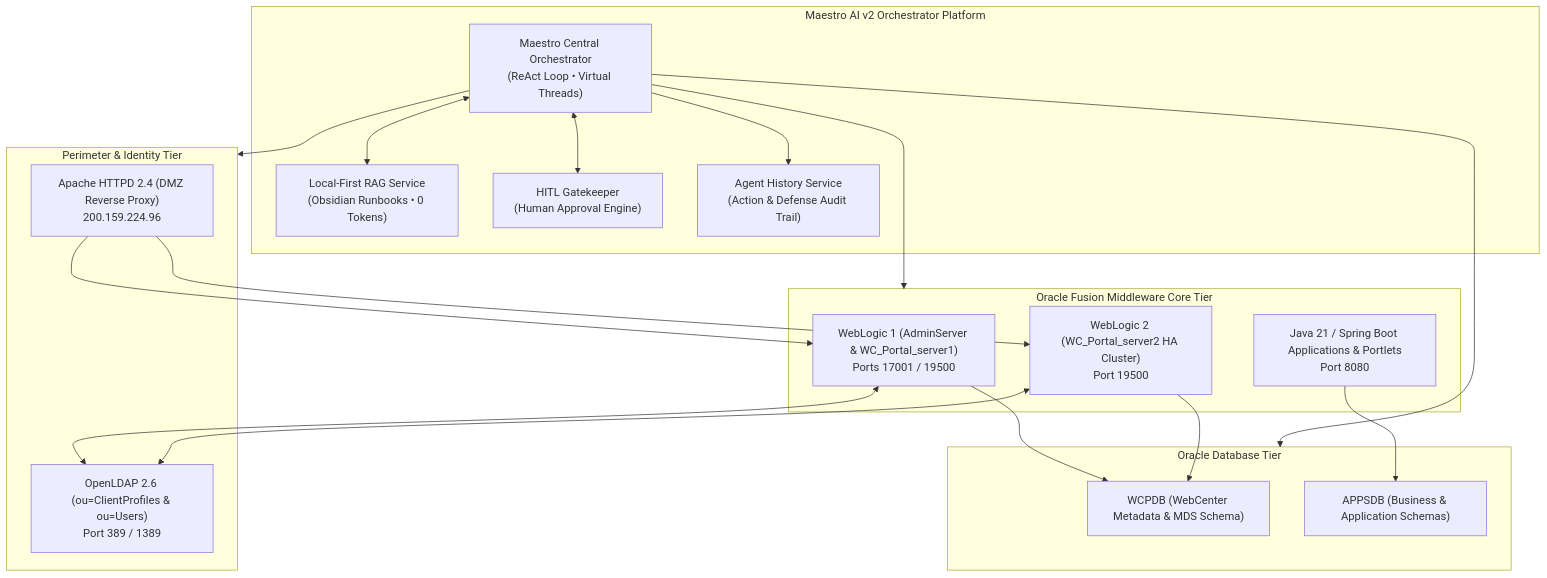
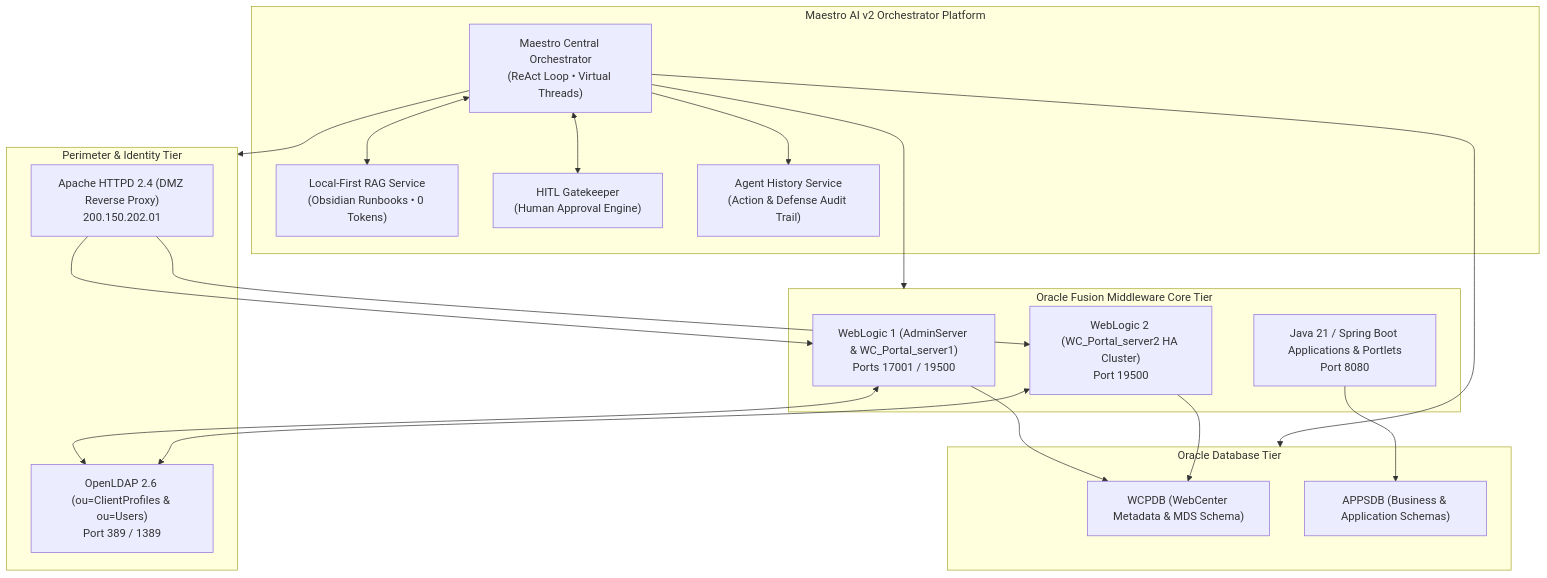
The diagram in README.md (flaviomoni/MaestroAI), drawn with Mermaid before and after one commit.

````diff
--- a/README.md
+++ b/README.md
@@ -11,40 +11,40 @@
 ```mermaid
 flowchart TD
     subgraph Perimeter["Perimeter & Identity Tier"]
-        APACHE["Apache HTTPD 2.4 (DMZ Reverse Proxy)\n200.159.224.96"]
+        APACHE["Apache HTTPD 2.4 (DMZ Reverse Proxy)\n200.150.202.01"]
         LDAP["OpenLDAP 2.6 (ou=ClientProfiles & ou=Users)\nPort 389 / 1389"]
     end
 
     subgraph CorePortal["Oracle Fusion Middleware Core Tier"]
         WLS1["WebLogic 1 (AdminServer & WC_Portal_server1)\nPorts 17001 / 19500"]
         WLS2["WebLogic 2 (WC_Portal_server2 HA Cluster)\nPort 19500"]
         SPRING["Java 21 / Spring Boot Applications & Portlets\nPort 8080"]
     end
 
     subgraph DatabaseTier["Oracle Database Tier"]
         WCPDB["WCPDB (WebCenter Metadata & MDS Schema)"]
         APPSDB["APPSDB (Business & Application Schemas)"]
     end
 
     subgraph MaestroPlatform["Maestro AI v2 Orchestrator Platform"]
         MAESTRO["Maestro Central Orchestrator\n(ReAct Loop • Virtual Threads)"]
         RAG["Local-First RAG Service\n(Obsidian Runbooks • 0 Tokens)"]
         HITL["HITL Gatekeeper\n(Human Approval Engine)"]
         HISTORY["Agent History Service\n(Action & Defense Audit Trail)"]
     end
 
     APACHE --> WLS1
     APACHE --> WLS2
     WLS1 <--> LDAP
     WLS2 <--> LDAP
     WLS1 --> WCPDB
     WLS2 --> WCPDB
     SPRING --> APPSDB
 
     MAESTRO --> Perimeter
     MAESTRO --> CorePortal
     MAESTRO --> DatabaseTier
     MAESTRO <--> RAG
     MAESTRO <--> HITL
     MAESTRO --> HISTORY
 ```
````
